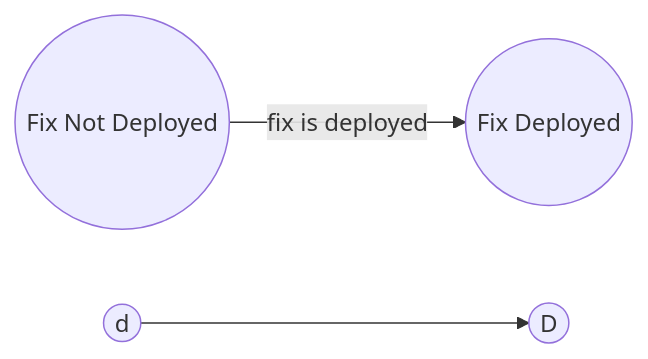
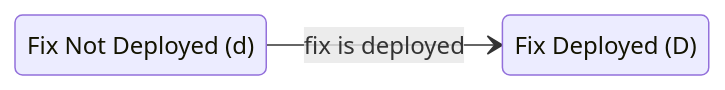
Before and after one commit to CERTCC/Vultron: the third of 13 diagrams in docs/process_models/cs/index.md, drawn with Mermaid. The commit also changed other lines of this file, not shown here.

````diff
--- a/docs/process_models/cs/index.md
+++ b/docs/process_models/cs/index.md
@@ -113,9 +105,7 @@
 ```mermaid
-graph LR
-    d((Fix Not Deployed))
-    D((Fix Deployed))
-    d -->|fix is deployed| D    
-    d2((d))
-    D2((D))
-    d2 --> D2
+stateDiagram-v2
+    direction LR
+    d : Fix Not Deployed (d)
+    D : Fix Deployed (D)
+    d --> D : fix is deployed
 ```
````
